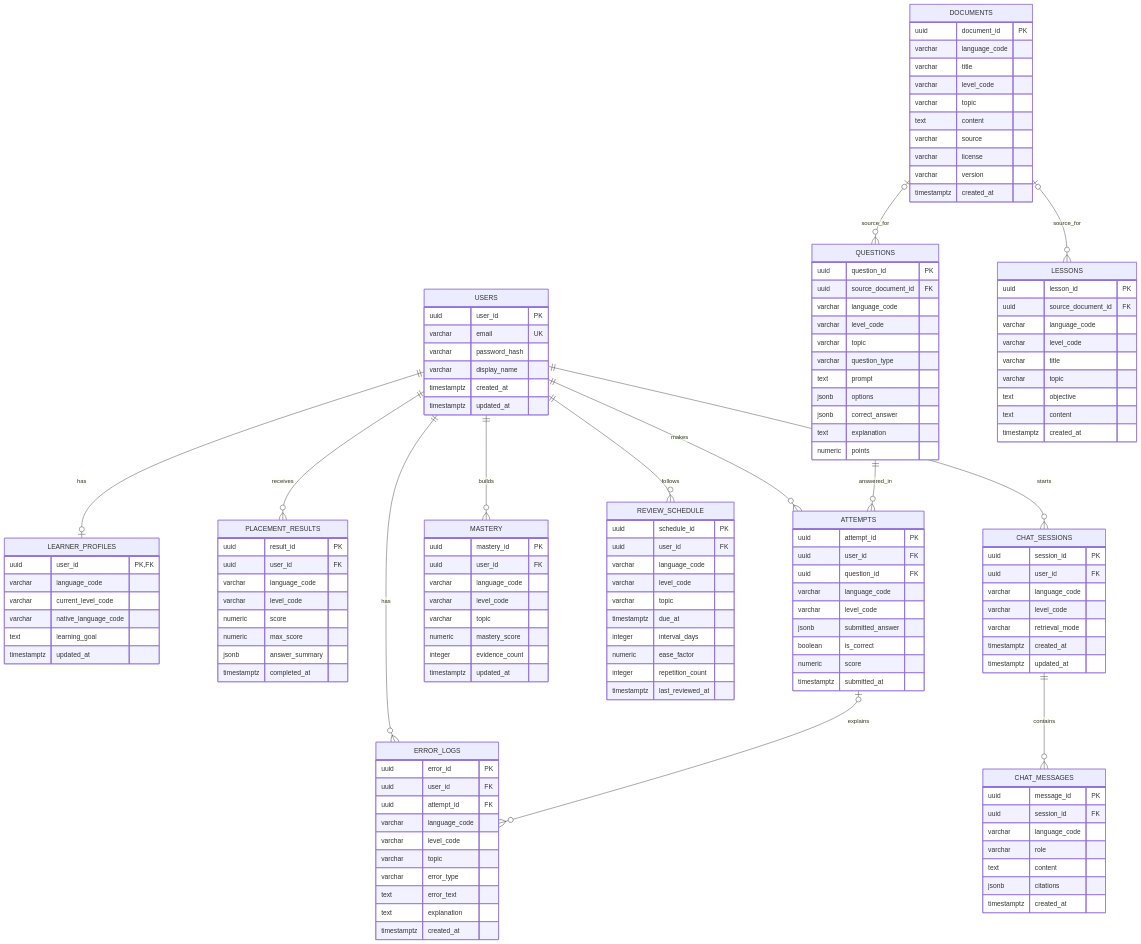
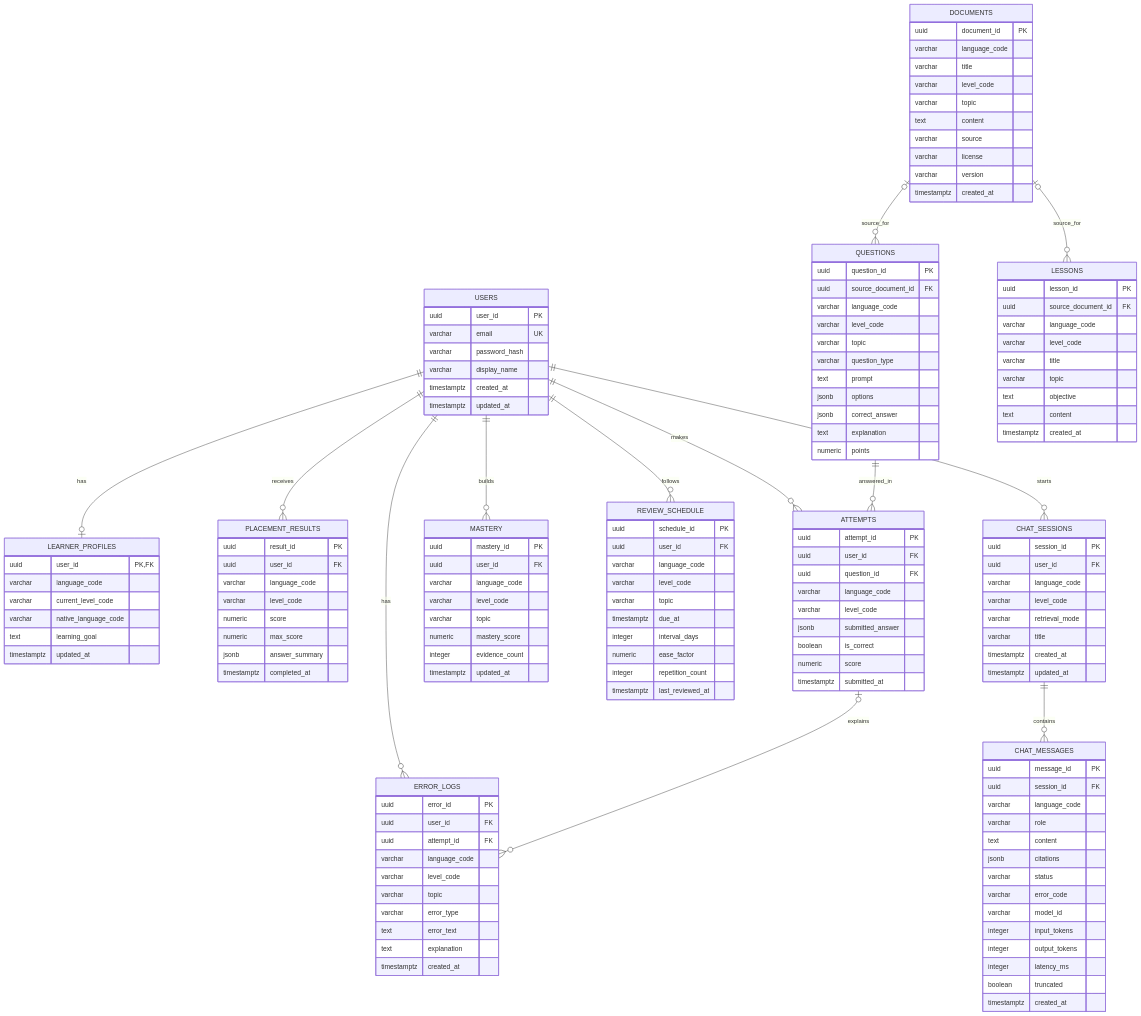
The diagram in docs/DATABASE_DESIGN.md (Matrixx2005/AI_Language_Tutor), drawn with Mermaid before and after one commit. The commit also changed other lines of this file and 15 other files, not shown here.

````diff
--- a/docs/DATABASE_DESIGN.md
+++ b/docs/DATABASE_DESIGN.md
@@ -139,6 +139,7 @@
         varchar language_code
         varchar level_code
         varchar retrieval_mode
+        varchar title
         timestamptz created_at
         timestamptz updated_at
     }
@@ -149,6 +150,13 @@
         varchar role
         text content
         jsonb citations
+        varchar status
+        varchar error_code
+        varchar model_id
+        integer input_tokens
+        integer output_tokens
+        integer latency_ms
+        boolean truncated
         timestamptz created_at
     }
 ```
````
